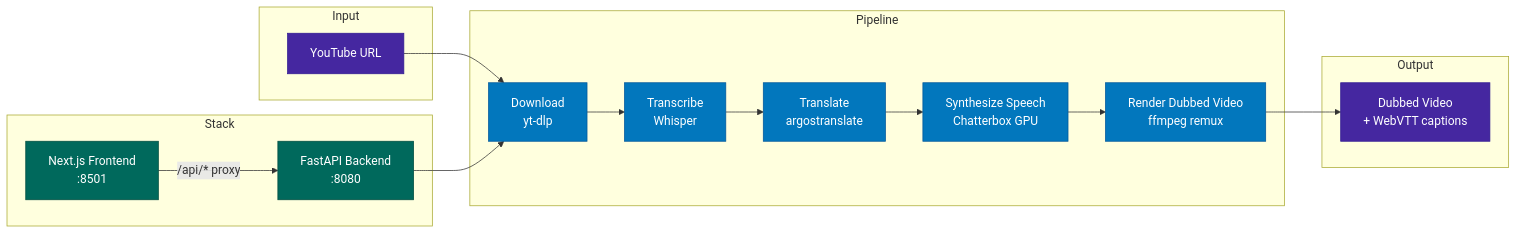
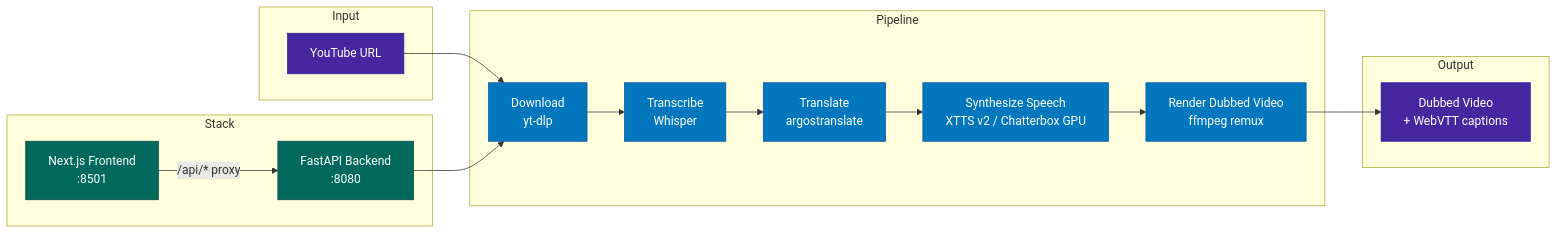
The diagram in README.md (aegean-ai/foreign-whispers), drawn with Mermaid before and after one commit. The commit also changed other lines of this file and 5 other files, not shown here.

````diff
--- a/README.md
+++ b/README.md
@@ -9,37 +16,37 @@
 ```mermaid
 flowchart LR
     subgraph Input
         YT[YouTube URL]
     end
 
     subgraph Pipeline
         DL[Download<br/>yt-dlp]
         TR[Transcribe<br/>Whisper]
         TL[Translate<br/>argostranslate]
-        TTS[Synthesize Speech<br/>Chatterbox GPU]
+        TTS[Synthesize Speech<br/>XTTS v2 / Chatterbox GPU]
         ST[Render Dubbed Video<br/>ffmpeg remux]
     end
 
     subgraph Output
         VID[Dubbed Video<br/>+ WebVTT captions]
     end
 
     subgraph Stack
         FE[Next.js Frontend<br/>:8501]
         API[FastAPI Backend<br/>:8080]
     end
 
     YT --> DL --> TR --> TL --> TTS --> ST --> VID
 
     FE -- /api/* proxy --> API
     API --> DL
 
     classDef default fill:#37474f,color:#fff,stroke:#546e7a
     classDef pipeline fill:#0277bd,color:#fff,stroke:#01579b
     classDef stack fill:#00695c,color:#fff,stroke:#004d40
     classDef io fill:#4527a0,color:#fff,stroke:#311b92
 
     class YT,VID io
     class DL,TR,TL,TTS,ST pipeline
     class FE,API stack
 ```
````
